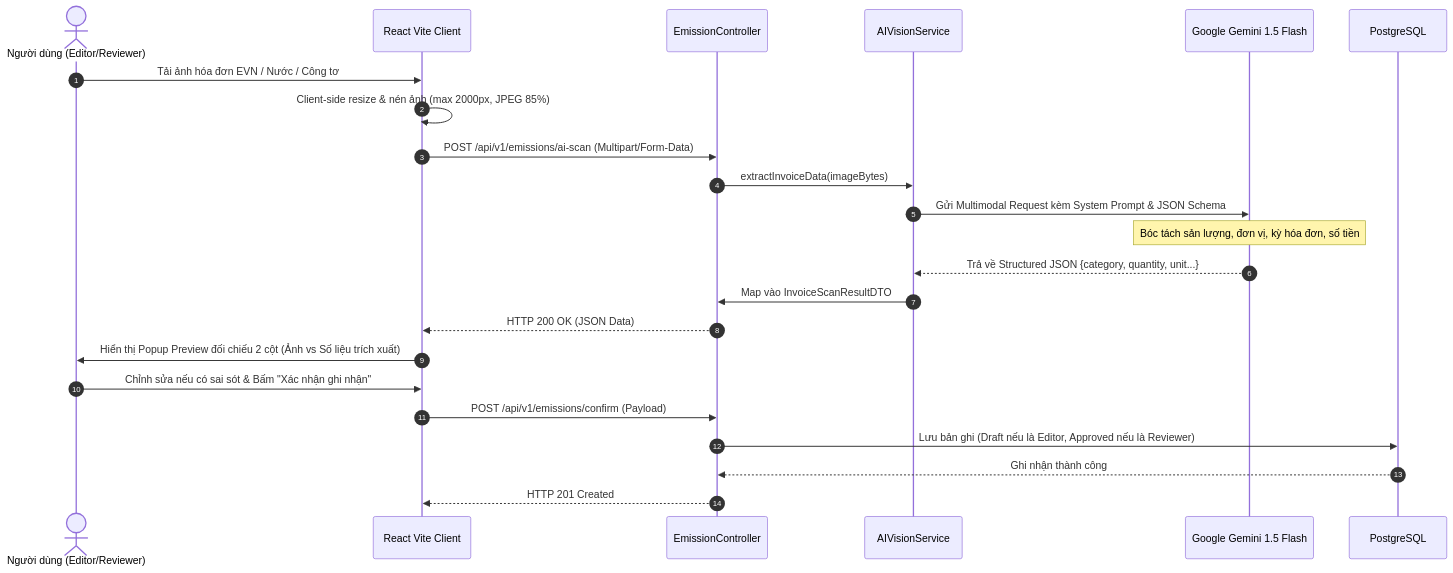
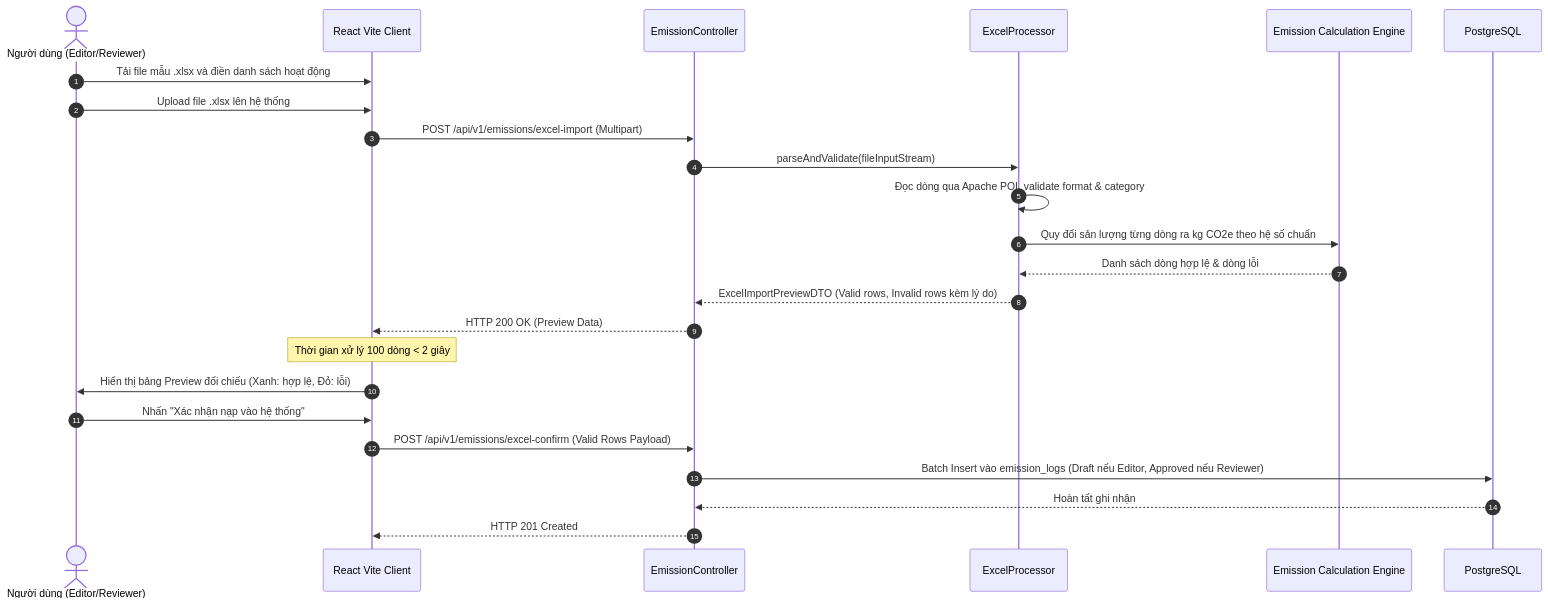
The fourth of 7 diagrams in docs/PRD.md (DatTienNguyenn/PMDC-BATCH4-DATNT250), drawn with Mermaid before and after one commit. The commit also changed other lines of this file and 4 other files, not shown here.

````diff
--- a/docs/PRD.md
+++ b/docs/PRD.md
@@ -361,26 +372,27 @@
 ```mermaid
 sequenceDiagram
     autonumber
     actor User as Người dùng (Editor/Reviewer)
     participant Client as React Vite Client
     participant Controller as EmissionController
-    participant AIService as AIVisionService
-    participant LLM as Google Gemini 1.5 Flash
+    participant ExcelService as ExcelProcessor
+    participant Calc as Emission Calculation Engine
     participant DB as PostgreSQL
 
-    User->>Client: Tải ảnh hóa đơn EVN / Nước / Công tơ
-    Client->>Client: Client-side resize & nén ảnh (max 2000px, JPEG 85%)
-    Client->>Controller: POST /api/v1/emissions/ai-scan (Multipart/Form-Data)
-    Controller->>AIService: extractInvoiceData(imageBytes)
-    AIService->>LLM: Gửi Multimodal Request kèm System Prompt & JSON Schema
-    Note over LLM: Bóc tách sản lượng, đơn vị, kỳ hóa đơn, số tiền
-    LLM-->>AIService: Trả về Structured JSON {category, quantity, unit...}
-    AIService->>Controller: Map vào InvoiceScanResultDTO
-    Controller-->>Client: HTTP 200 OK (JSON Data)
-    Client->>User: Hiển thị Popup Preview đối chiếu 2 cột (Ảnh vs Số liệu trích xuất)
-    User->>Client: Chỉnh sửa nếu có sai sót & Bấm "Xác nhận ghi nhận"
-    Client->>Controller: POST /api/v1/emissions/confirm (Payload)
-    Controller->>DB: Lưu bản ghi (Draft nếu là Editor, Approved nếu là Reviewer)
-    DB-->>Controller: Ghi nhận thành công
+    User->>Client: Tải file mẫu .xlsx và điền danh sách hoạt động
+    User->>Client: Upload file .xlsx lên hệ thống
+    Client->>Controller: POST /api/v1/emissions/excel-import (Multipart)
+    Controller->>ExcelService: parseAndValidate(fileInputStream)
+    ExcelService->>ExcelService: Đọc dòng qua Apache POI, validate format & category
+    ExcelService->>Calc: Quy đổi sản lượng từng dòng ra kg CO2e theo hệ số chuẩn
+    Calc-->>ExcelService: Danh sách dòng hợp lệ & dòng lỗi
+    ExcelService-->>Controller: ExcelImportPreviewDTO (Valid rows, Invalid rows kèm lý do)
+    Controller-->>Client: HTTP 200 OK (Preview Data)
+    Note over Client: Thời gian xử lý 100 dòng < 2 giây
+    Client->>User: Hiển thị bảng Preview đối chiếu (Xanh: hợp lệ, Đỏ: lỗi)
+    User->>Client: Nhấn "Xác nhận nạp vào hệ thống"
+    Client->>Controller: POST /api/v1/emissions/excel-confirm (Valid Rows Payload)
+    Controller->>DB: Batch Insert vào emission_logs (Draft nếu Editor, Approved nếu Reviewer)
+    DB-->>Controller: Hoàn tất ghi nhận
     Controller-->>Client: HTTP 201 Created
 ```
````
